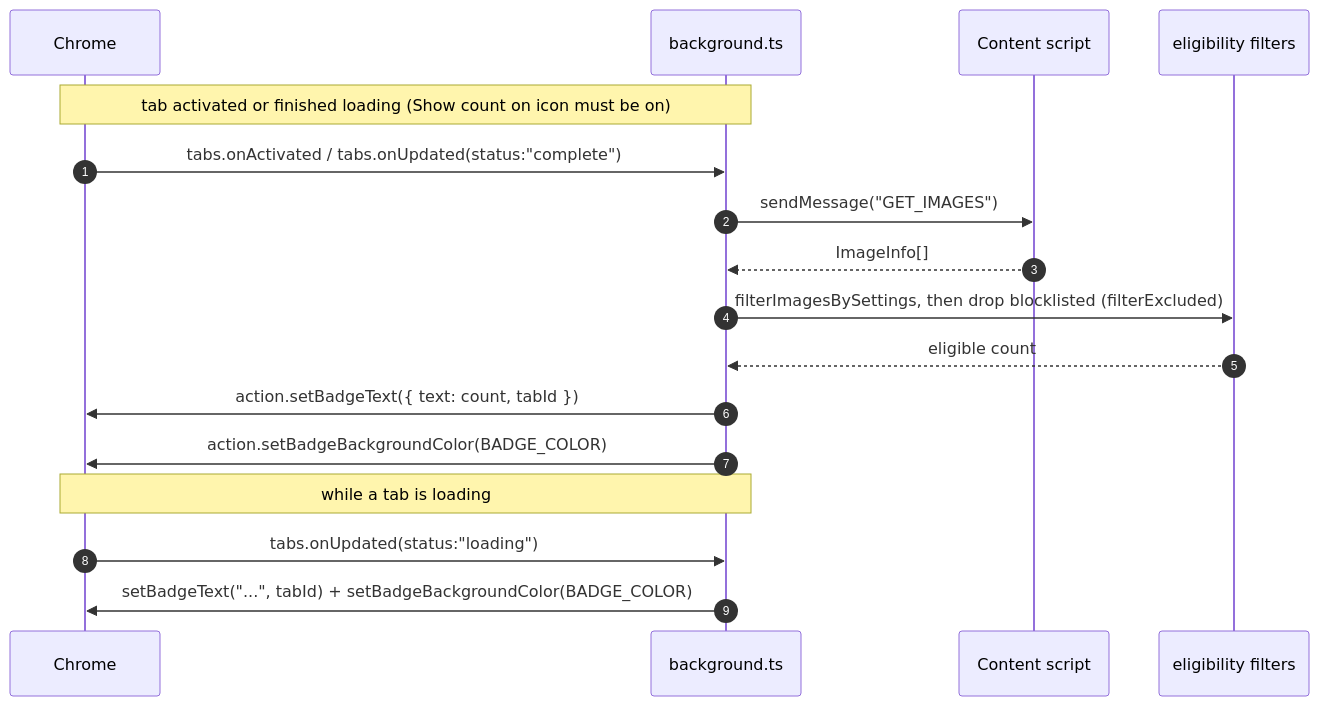
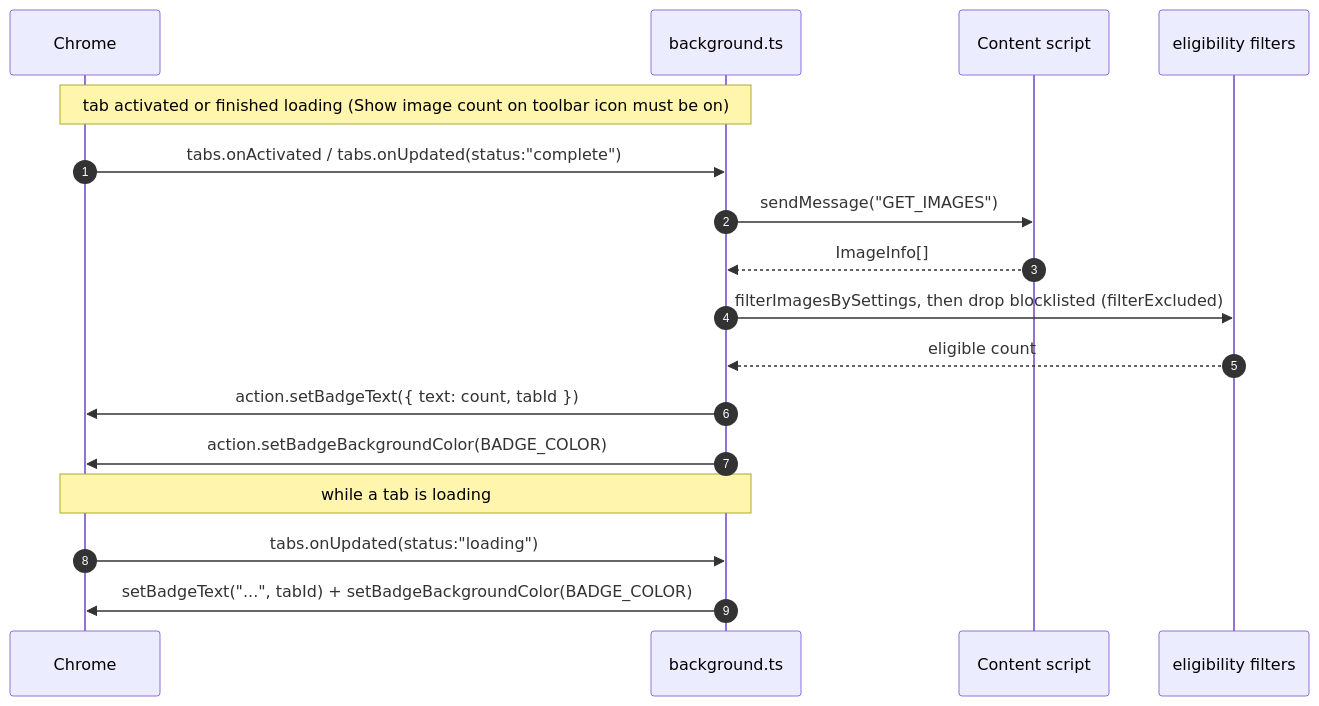
One commit to mralaminahamed/media-bulk-downloads changed the first of 2 diagrams in docs/website/src/content/docs/how-it-works/badge.md. Above: the diagram before and after it, drawn with Mermaid. The commit also changed other lines of this file and 27 other files, not shown here.

First line of the commit message:
docs(website): install badges, mermaid diagrams, content + UI polish

````diff
--- a/docs/website/src/content/docs/how-it-works/badge.md
+++ b/docs/website/src/content/docs/how-it-works/badge.md
@@ -10,21 +11,21 @@
 ```mermaid
 sequenceDiagram
   autonumber
   participant CH as Chrome
   participant SW as background.ts
   participant CS as Content script
   participant F as eligibility filters
 
-  Note over CH,SW: tab activated or finished loading (Show count on icon must be on)
+  Note over CH,SW: tab activated or finished loading (Show image count on toolbar icon must be on)
   CH->>SW: tabs.onActivated / tabs.onUpdated(status:"complete")
   SW->>CS: sendMessage("GET_IMAGES")
   CS-->>SW: ImageInfo[]
   SW->>F: filterImagesBySettings, then drop blocklisted (filterExcluded)
   F-->>SW: eligible count
   SW->>CH: action.setBadgeText({ text: count, tabId })
   SW->>CH: action.setBadgeBackgroundColor(BADGE_COLOR)
 
   Note over CH,SW: while a tab is loading
   CH->>SW: tabs.onUpdated(status:"loading")
   SW->>CH: setBadgeText("...", tabId) + setBadgeBackgroundColor(BADGE_COLOR)
 ```
````
